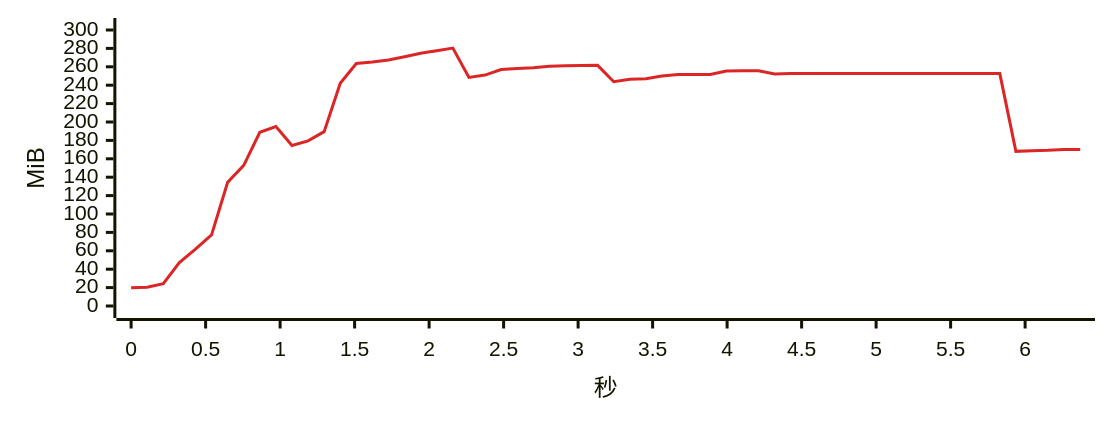
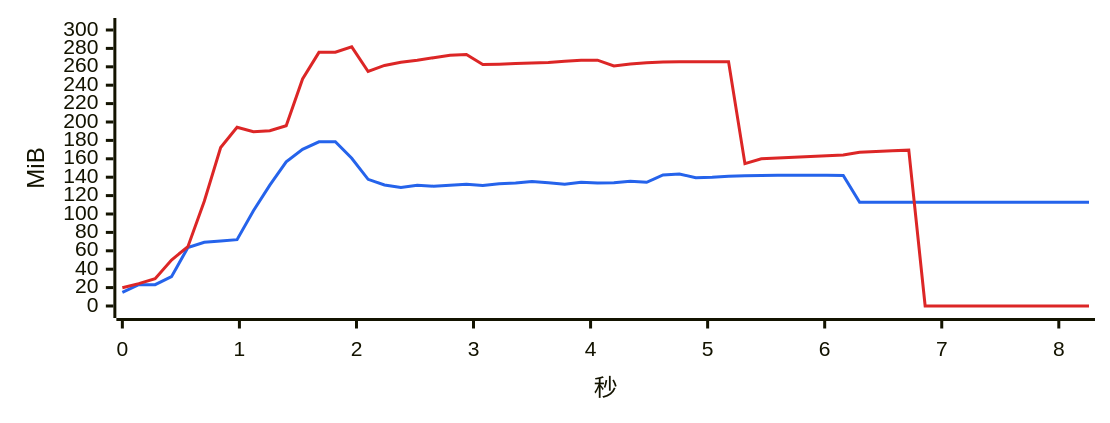
One commit to 334456777/WeFlow changed the fifth of 17 diagrams in bench/v4.1.0/summary.md. Above: the diagram before and after it, drawn with Mermaid. The commit also changed other lines of this file and 3 other files, not shown here.

````diff
--- a/bench/v4.1.0/summary.md
+++ b/bench/v4.1.0/summary.md
@@ -329,7 +331,8 @@
 ```mermaid
-%%{init: {"xyChart": {"width": 720, "height": 260}, "themeVariables": {"xyChart": {"plotColorPalette": "#dc2626"}}}}%%
+%%{init: {"xyChart": {"width": 720, "height": 260}, "themeVariables": {"xyChart": {"plotColorPalette": "#2563eb, #dc2626"}}}}%%
 xychart-beta
-    x-axis "秒" 0 --> 6.37
+    x-axis "秒" 0 --> 8.258
     y-axis "MiB" 0 --> 300
-    line [19.9, 20.5, 24.3, 47.3, 61.9, 77.3, 134.4, 152.9, 188.8, 195.0, 174.4, 179.5, 189.5, 242.2, 263.6, 265.2, 267.5, 270.9, 274.7, 277.5, 280.3, 248.5, 251.0, 257.1, 258.1, 259.0, 260.5, 261.1, 261.4, 261.6, 243.8, 246.5, 247.0, 250.1, 251.5, 251.5, 251.6, 255.5, 255.8, 255.8, 252.2, 252.6, 252.6, 252.6, 252.6, 252.6, 252.6, 252.6, 252.6, 252.6, 252.6, 252.6, 252.6, 252.6, 252.6, 168.1, 168.7, 169.2, 170.1, 170.2]
+    line [14.9, 23.2, 23.2, 31.9, 63.5, 69.2, 70.6, 72.1, 103.5, 131.4, 156.7, 170.3, 178.4, 178.5, 160.6, 137.7, 131.5, 128.8, 131.3, 130.2, 131.3, 132.3, 131.1, 132.8, 133.7, 135.3, 134.0, 132.4, 134.6, 133.6, 134.1, 135.5, 134.4, 142.5, 143.4, 139.5, 139.9, 141.1, 141.6, 141.8, 142.0, 142.0, 142.1, 142.1, 141.9, 112.8, 112.8, 112.8, 112.8, 112.8, 112.8, 112.8, 112.8, 112.8, 112.8, 112.8, 112.8, 112.8, 112.8, 112.8]
+    line [19.9, 24.3, 29.6, 50.0, 64.5, 113.8, 172.3, 194.3, 189.4, 190.5, 196.0, 246.8, 275.7, 275.8, 281.7, 254.9, 261.5, 264.9, 267.1, 269.9, 272.5, 273.4, 262.5, 262.9, 263.5, 264.1, 264.8, 266.0, 267.2, 267.2, 260.9, 263.1, 264.5, 265.2, 265.4, 265.4, 265.4, 265.4, 154.7, 160.0, 160.8, 161.7, 162.4, 163.3, 164.1, 167.0, 168.0, 168.8, 169.4, 0.0, 0.0, 0.0, 0.0, 0.0, 0.0, 0.0, 0.0, 0.0, 0.0, 0.0]
 ```
````
